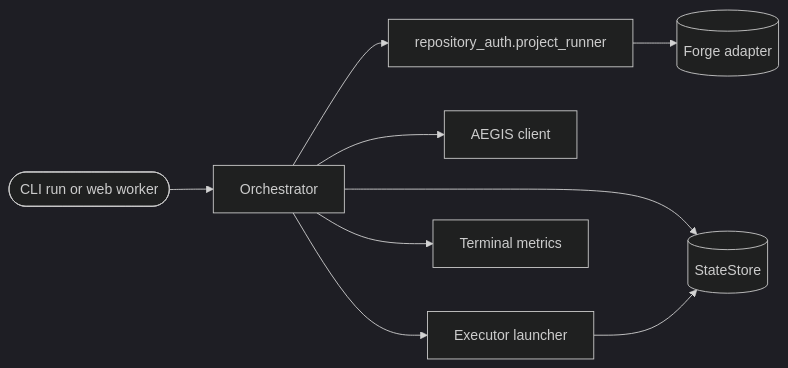
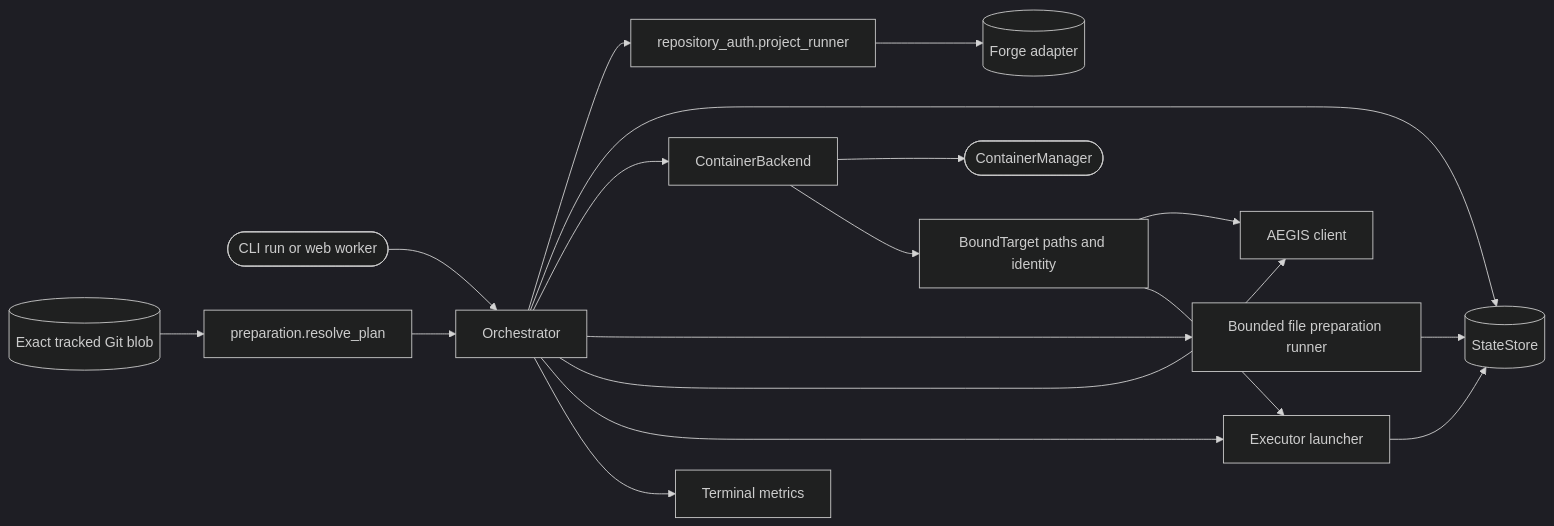
One commit to DDP-Engineering/AgenticDeliveryOrchestratorRuntimeEngine changed the diagram in .agentic/knowledge/orchestrator.md. Above: the diagram before and after it, drawn with Mermaid (dark theme). The commit also changed other lines of this file and 85 other files, not shown here.

First line of the commit message:
feat(execution): add reviewed container preparation (#24)

````diff
--- a/.agentic/knowledge/orchestrator.md
+++ b/.agentic/knowledge/orchestrator.md
@@ -68,11 +72,20 @@
 ```mermaid
 flowchart LR
     cli([CLI run or web worker]) --> conductor[Orchestrator]
     conductor --> auth[repository_auth.project_runner]
     auth --> forge[(Forge adapter)]
     conductor --> state[(StateStore)]
-    conductor --> aegis[AEGIS client]
+    Source[(Exact tracked Git blob)] --> Plan[preparation.resolve_plan]
+    Plan --> conductor
+    conductor --> Backend[ContainerBackend]
+    Backend --> Runtime([ContainerManager])
+    Backend --> Target[BoundTarget paths and identity]
+    conductor --> Preparation[Bounded file preparation runner]
+    Preparation --> state
+    Target --> aegis[AEGIS client]
+    Target --> executor
+    conductor --> aegis
     conductor --> executor[Executor launcher]
     conductor --> metrics[Terminal metrics]
     executor --> state
 ```
````
